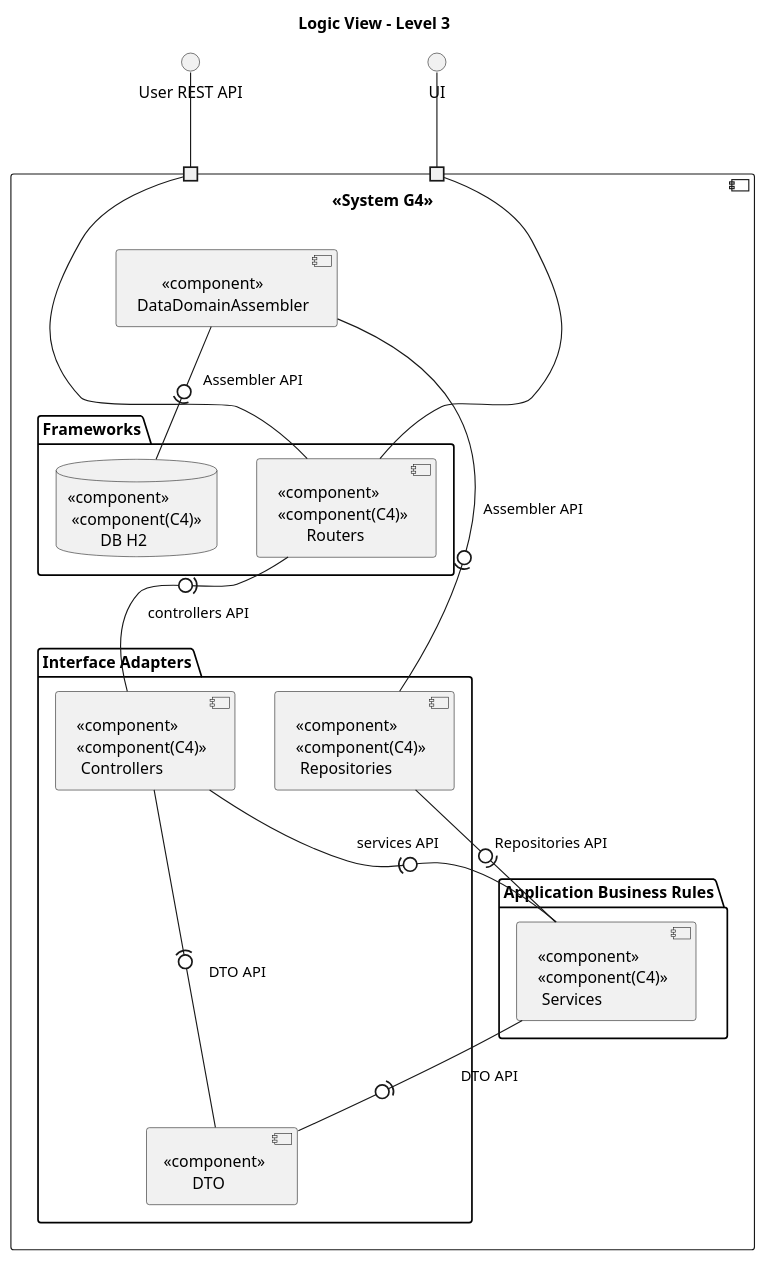
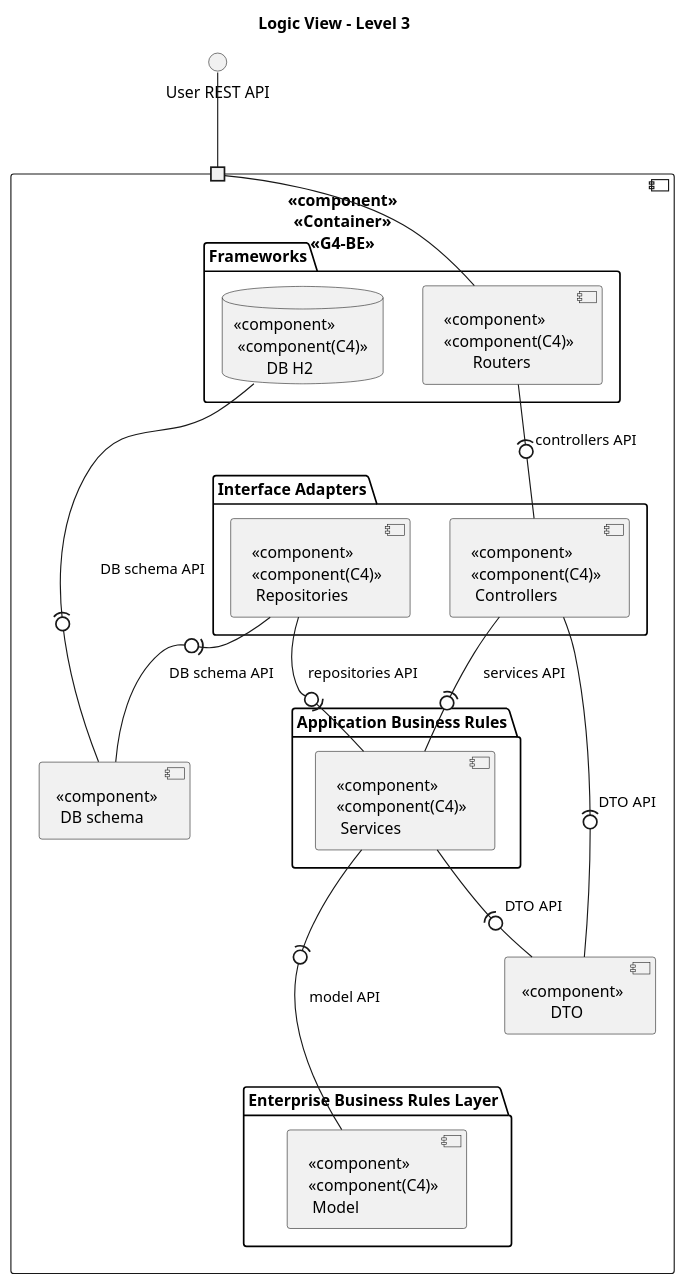
One commit to Loracline/project_switch_22-23 changed the third of 4 diagrams in docs/architectural_design_model/logic_view.puml. Above: the diagram before and after it, drawn with PlantUML. The commit also changed other lines of this file and 2 other files, not shown here.

Commit message:
NO US : Update of architectural design model references #675

```diff
--- a/docs/architectural_design_model/logic_view.puml
+++ b/docs/architectural_design_model/logic_view.puml
@@ -36,38 +36,41 @@
 @startuml
 title Logic View - Level 3
 () "User REST API" as API
-() "UI" as UI
-component "<<System G4>>" as G4 {
+component "<<component>>\n<<Container>>\n<<G4-BE>>" as G4 {
 port " "
-port "  "
 
 package "Frameworks" {
 
   [ <<component>>\n <<component(C4)>>\n        Routers] as R
   database "<<component>> \n <<component(C4)>> \n        DB H2" as DB
 }
 
-component "       <<component>> \n DataDomainAssembler" as schema
+component "<<component>> \n DB schema" as schema
 
 package "Interface Adapters" {
-  [<<component>> \n       DTO] as DTO
   [ <<component>>\n <<component(C4)>>\n  Controllers] as Cont
   [ <<component>>\n <<component(C4)>>\n  Repositories] as Rep
 }
 
 package "Application Business Rules" {
     [ <<component>>\n <<component(C4)>>\n  Services] as Serv
 }
 
+package "Enterprise Business Rules Layer"{
+    [ <<component>>\n <<component(C4)>>\n  Model] as model
+}
+
+[<<component>> \n       DTO] as DTO
+
+
 R -(0- Cont : controllers API
 Cont -(0- Serv : services API
-Cont -(0-- DTO : DTO API
-Serv -(0- DTO : DTO API
-Serv -(0- Rep : Repositories API
-Rep -(0- schema: Assembler API
-schema -0)- DB: Assembler API
+Cont --(0- DTO : DTO API
+Serv -left(0- DTO : DTO API
+Serv -(0- Rep : repositories API
+Rep -(0- schema: DB schema API
+schema -up0)- DB: DB schema API
 API -- " "
-UI -- "  "
 " " -- R
-"  " -- R
+Serv -(0-- model: model API
 @enduml
```
